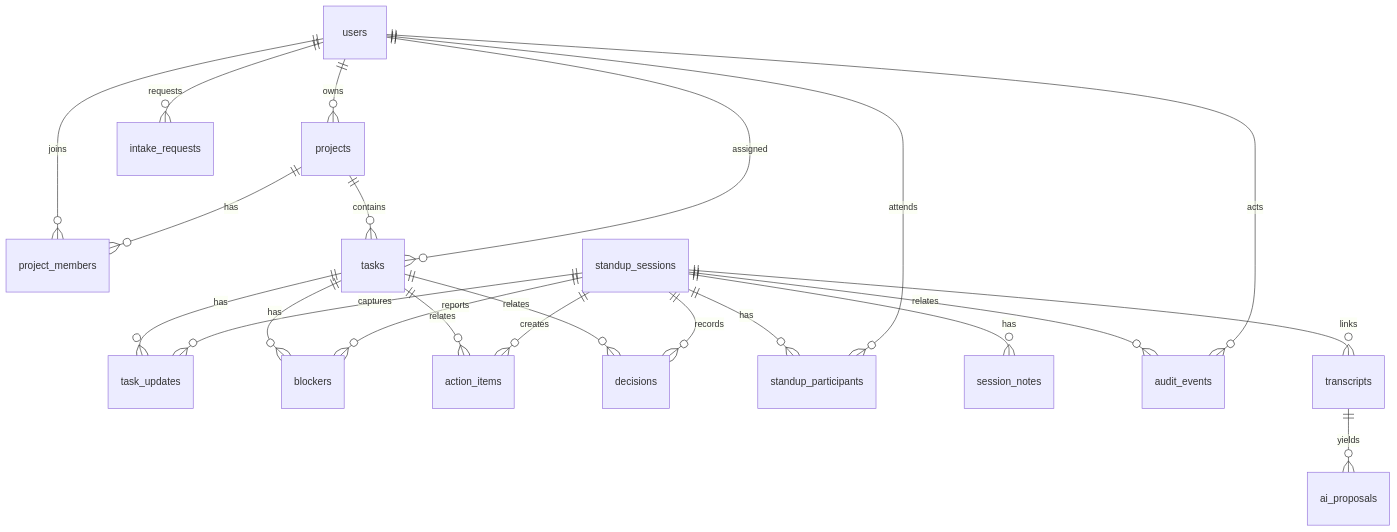
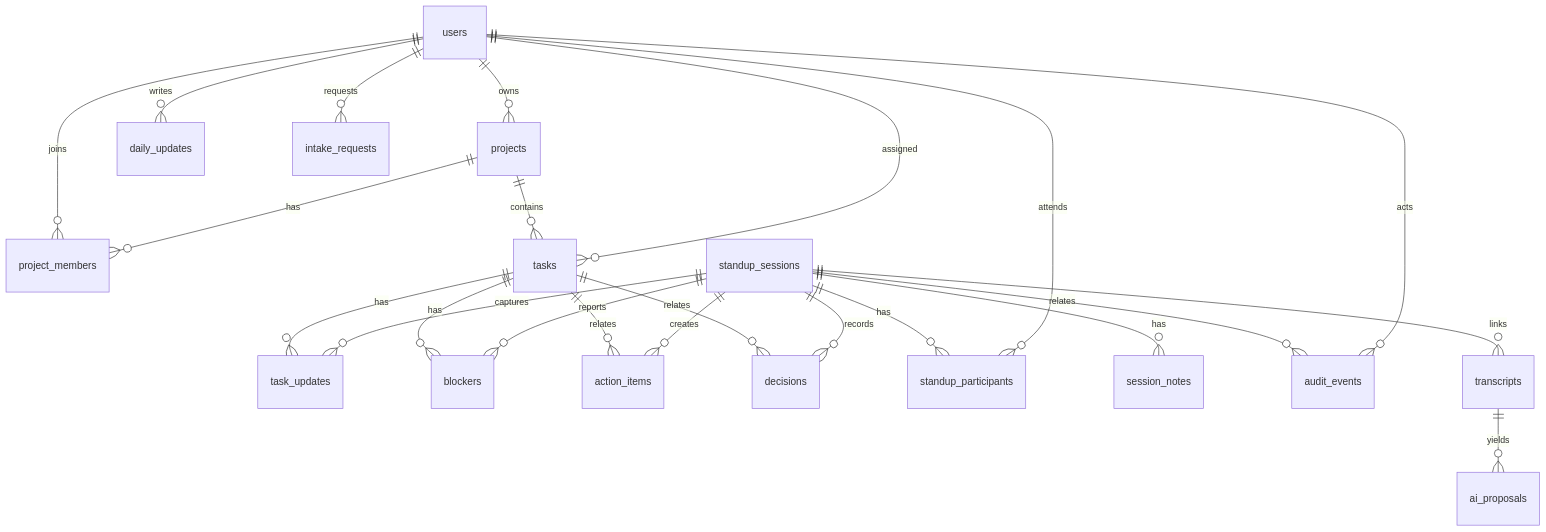
One commit to sadoonh/huddle changed the diagram in docs/data-model.md. Above: the diagram before and after it, drawn with Mermaid. The commit also changed other lines of this file and 57 other files, not shown here.

````diff
--- a/docs/data-model.md
+++ b/docs/data-model.md
@@ -5,24 +5,25 @@
 ```mermaid
 erDiagram
   users ||--o{ project_members : joins
   users ||--o{ projects : owns
   projects ||--o{ project_members : has
   projects ||--o{ tasks : contains
   users ||--o{ tasks : assigned
   tasks ||--o{ task_updates : has
   tasks ||--o{ blockers : has
   tasks ||--o{ action_items : relates
   tasks ||--o{ decisions : relates
   standup_sessions ||--o{ standup_participants : has
   users ||--o{ standup_participants : attends
   standup_sessions ||--o{ task_updates : captures
   standup_sessions ||--o{ blockers : reports
   standup_sessions ||--o{ action_items : creates
   standup_sessions ||--o{ decisions : records
   standup_sessions ||--o{ session_notes : has
   standup_sessions ||--o{ audit_events : relates
   users ||--o{ audit_events : acts
+  users ||--o{ daily_updates : writes
   transcripts ||--o{ ai_proposals : yields
   standup_sessions ||--o{ transcripts : links
   users ||--o{ intake_requests : requests
 ```
````
